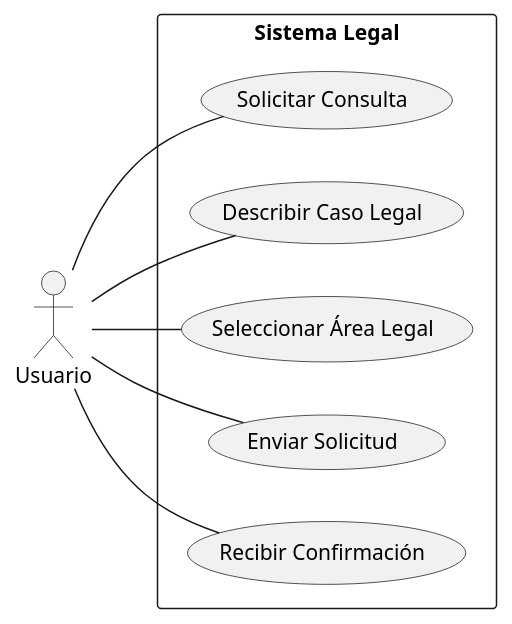
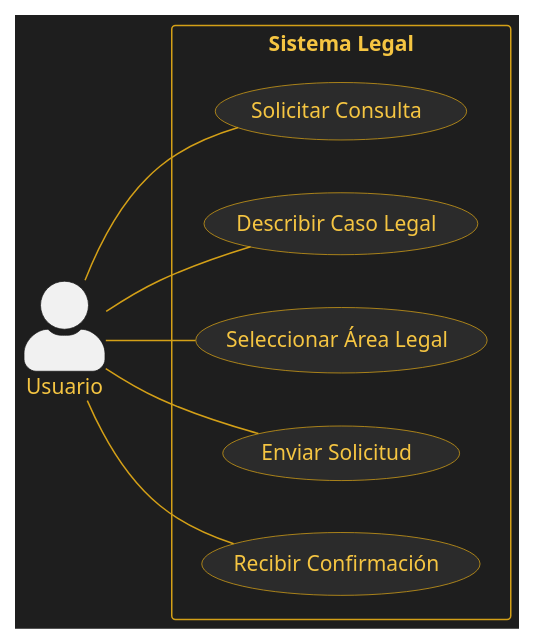
One commit to OscarBuildsBv/SYS_CANDIDATO_DOC changed the diagram in UML/casos-de-uso/caso-uso-consultas.puml. Above: the diagram before and after it, drawn with PlantUML. The commit also changed 3 other files, not shown here.

```diff
--- a/UML/casos-de-uso/caso-uso-consultas.puml
+++ b/UML/casos-de-uso/caso-uso-consultas.puml
@@ -1,23 +1,44 @@
 @startuml
+
+skinparam backgroundColor #1E1E1E
+skinparam packageStyle folder
+skinparam shadowing false
+skinparam actorStyle awesome
+
+skinparam package {
+    BackgroundColor #1E1E1E
+    BorderColor #D4A017
+    RoundCorner 10
+}
+
+skinparam usecase {
+    BackgroundColor #2B2B2B
+    BorderColor #D4A017
+    FontColor #F5C542
+    ArrowColor #D4A017
+}
+
+skinparam ArrowColor #D4A017
+skinparam defaultFontColor #F5C542
 
 left to right direction
 
 actor Usuario
 
 rectangle "Sistema Legal" {
 
   usecase "Solicitar Consulta" as UC1
   usecase "Describir Caso Legal" as UC2
   usecase "Seleccionar Área Legal" as UC3
   usecase "Enviar Solicitud" as UC4
   usecase "Recibir Confirmación" as UC5
 
 }
 
 Usuario -- UC1
 Usuario -- UC2
 Usuario -- UC3
 Usuario -- UC4
 Usuario -- UC5
 
 @enduml
```
